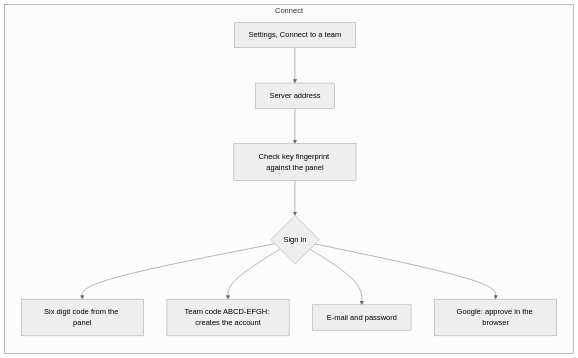
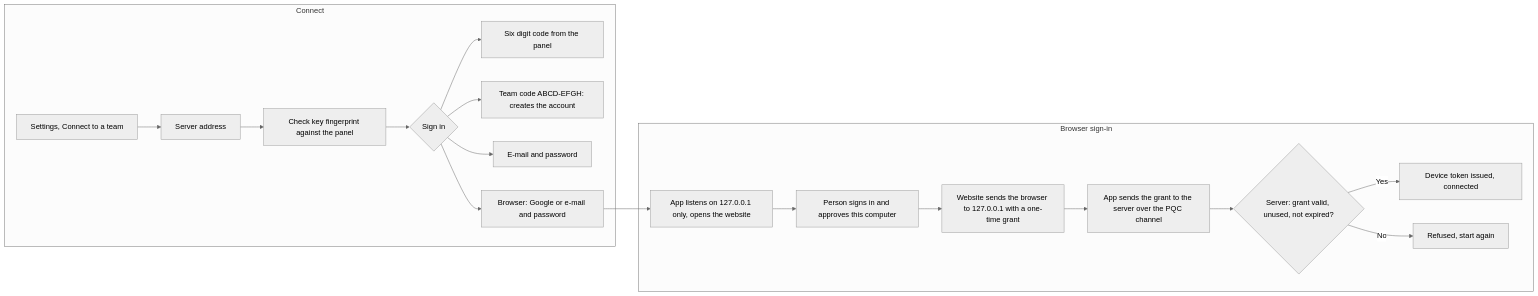
The second of 2 diagrams in README.md (QudsLab/TrueDuty), drawn with Mermaid (neutral theme) before and after one commit. The commit also changed other lines of this file and 8 other files, not shown here.

First line of the commit message:
MSI installer, browser sign-in with local callback, offline-safe raw activity

````diff
--- a/README.md
+++ b/README.md
@@ -63,12 +65,21 @@
 ```mermaid
 flowchart LR
     subgraph Connect
       X1[Settings, Connect to a team] --> X2[Server address]
       X2 --> X3[Check key fingerprint against the panel]
       X3 --> X4{Sign in}
       X4 --> C1[Six digit code from the panel]
       X4 --> C2[Team code ABCD-EFGH: creates the account]
       X4 --> C3[E-mail and password]
-      X4 --> C4[Google: approve in the browser]
+      X4 --> C4[Browser: Google or e-mail and password]
+    end
+    subgraph Browser sign-in
+      C4 --> B1[App listens on 127.0.0.1 only, opens the website]
+      B1 --> B2[Person signs in and approves this computer]
+      B2 --> B3[Website sends the browser to 127.0.0.1 with a one-time grant]
+      B3 --> B4[App sends the grant to the server over the PQC channel]
+      B4 --> B5{Server: grant valid, unused, not expired?}
+      B5 -- Yes --> B6[Device token issued, connected]
+      B5 -- No --> B7[Refused, start again]
     end
 ```
````
